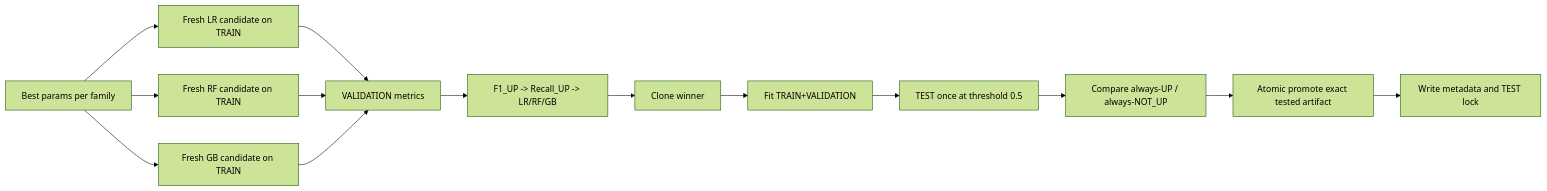
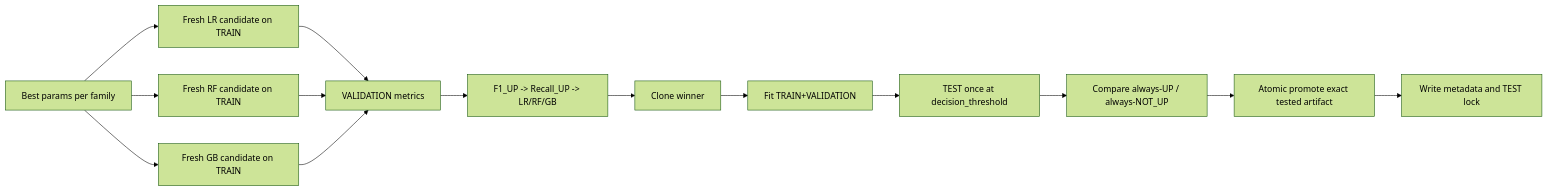
Before and after one commit to human6004/stock-prediction-ml: the fourth of 6 diagrams in docs/SO_DO_KIEN_TRUC_HE_THONG.md, drawn with Mermaid (forest theme). The commit also changed other lines of this file and 22 other files, not shown here.

````diff
--- a/docs/SO_DO_KIEN_TRUC_HE_THONG.md
+++ b/docs/SO_DO_KIEN_TRUC_HE_THONG.md
@@ -71,16 +70,16 @@
 ```mermaid
 flowchart LR
     A["Best params per family"] --> B["Fresh LR candidate on TRAIN"]
     A --> C["Fresh RF candidate on TRAIN"]
     A --> D["Fresh GB candidate on TRAIN"]
     B --> E["VALIDATION metrics"]
     C --> E
     D --> E
     E --> F["F1_UP -> Recall_UP -> LR/RF/GB"]
     F --> G["Clone winner"]
     G --> H["Fit TRAIN+VALIDATION"]
-    H --> I["TEST once at threshold 0.5"]
+    H --> I["TEST once at decision_threshold"]
     I --> J["Compare always-UP / always-NOT_UP"]
     J --> K["Atomic promote exact tested artifact"]
     K --> L["Write metadata and TEST lock"]
 ```
````
